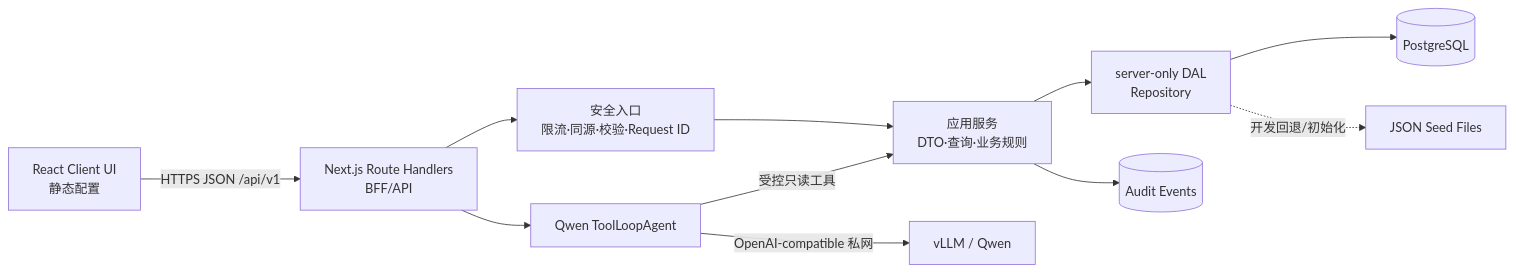
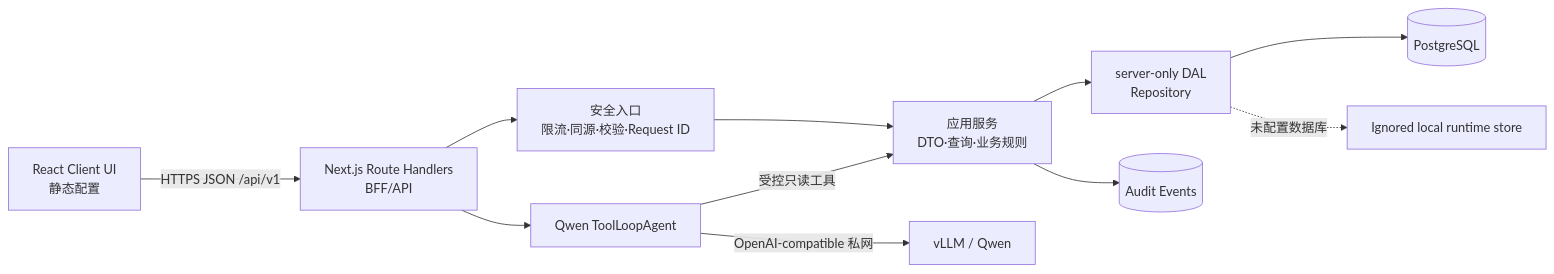
Before and after one commit to williamtomallory-lgtm/lumaflow: the diagram in frontend/docs/backend-architecture.md, drawn with Mermaid. The commit also changed other lines of this file and 55 other files, not shown here.

````diff
--- a/frontend/docs/backend-architecture.md
+++ b/frontend/docs/backend-architecture.md
@@ -20,13 +20,13 @@
 ```mermaid
 flowchart LR
   UI[React Client UI\n静态配置] -->|HTTPS JSON /api/v1| API[Next.js Route Handlers\nBFF/API]
   API --> SEC[安全入口\n限流·同源·校验·Request ID]
   SEC --> SVC[应用服务\nDTO·查询·业务规则]
   SVC --> DAL[server-only DAL\nRepository]
   DAL --> PG[(PostgreSQL)]
-  DAL -.开发回退/初始化.-> JSON[JSON Seed Files]
+  DAL -.未配置数据库.-> LOCAL[Ignored local runtime store]
   SVC --> AUDIT[(Audit Events)]
   API --> AGENT[Qwen ToolLoopAgent]
   AGENT -->|受控只读工具| SVC
   AGENT -->|OpenAI-compatible 私网| VLLM[vLLM / Qwen]
 ```
````
